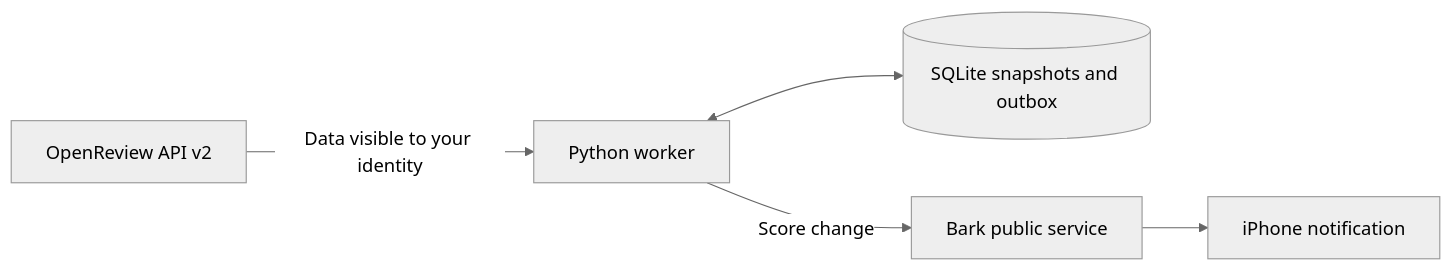
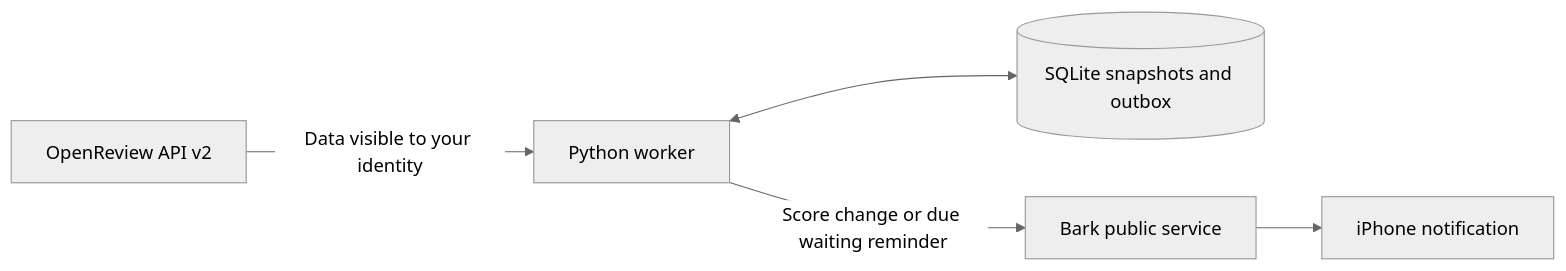
The diagram in README.en.md (cristianhtvc/iclr-alert), drawn with Mermaid (neutral theme) before and after one commit. The commit also changed other lines of this file and 12 other files, not shown here.

````diff
--- a/README.en.md
+++ b/README.en.md
@@ -29,7 +30,7 @@
 ```mermaid
 flowchart LR
     A[OpenReview API v2] -->|Data visible to your identity| B[Python worker]
     B <--> C[(SQLite snapshots and outbox)]
-    B -->|Score change| D[Bark public service]
+    B -->|Score change or due waiting reminder| D[Bark public service]
     D --> E[iPhone notification]
 ```
````
